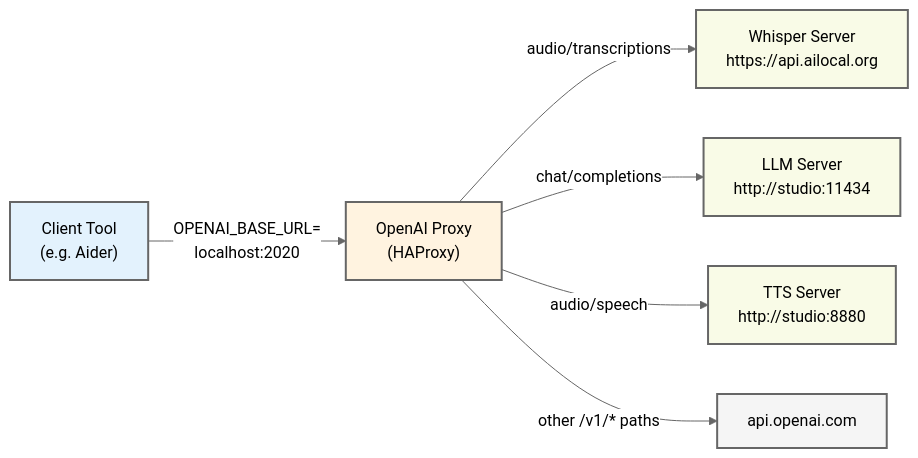
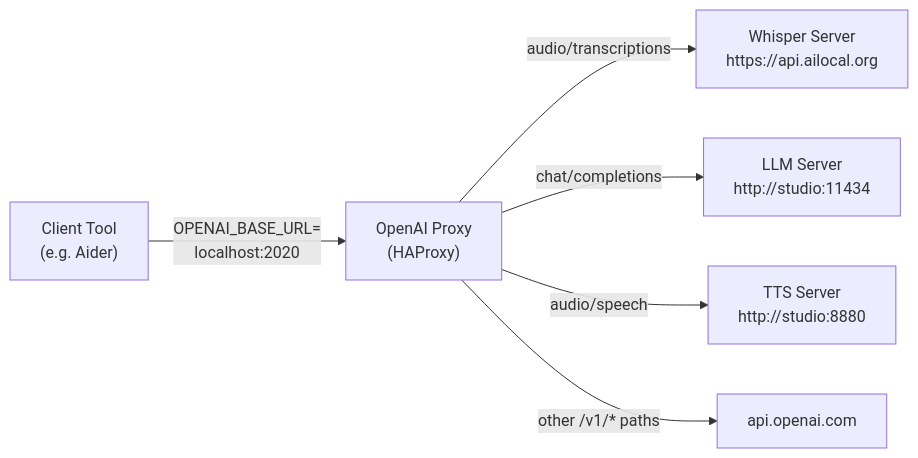
Before and after one commit to ailocal/openai-proxy: the diagram in docs/architecture.md, drawn with Mermaid.

Commit message:
docs: Simplify Mermaid diagram by removing styling and initialization

````diff
--- a/docs/architecture.md
+++ b/docs/architecture.md
@@ -5,30 +5,9 @@
 ```mermaid
-%%{init: {
-  'theme': 'base',
-  'themeVariables': {
-    'primaryColor': '#fff',
-    'primaryTextColor': '#000',
-    'primaryBorderColor': '#666',
-    'lineColor': '#666',
-    'textColor': '#000'
-  }
-}}%%
 graph LR
     A["Client Tool<br>(e.g. Aider)"] -->|"OPENAI_BASE_URL=<br>localhost:2020"| B["OpenAI Proxy<br>(HAProxy)"]
     
     B -->|"audio/transcriptions"| C["Whisper Server<br>https://api.ailocal.org"]
     B -->|"chat/completions"| D["LLM Server<br>http://studio:11434"]
     B -->|"audio/speech"| E["TTS Server<br>http://studio:8880"]
     B -->|"other /v1/* paths"| F["api.openai.com"]
-
-    classDef default stroke-width:2px;
-    classDef client fill:#e3f2fd,stroke:#666;
-    classDef proxy fill:#fff3e0,stroke:#666;
-    classDef service fill:#f9fbe7,stroke:#666;
-    classDef remote fill:#f5f5f5,stroke:#666;
-    
-    class A client;
-    class B proxy;
-    class C,D,E service;
-    class F remote;
 ```
````
